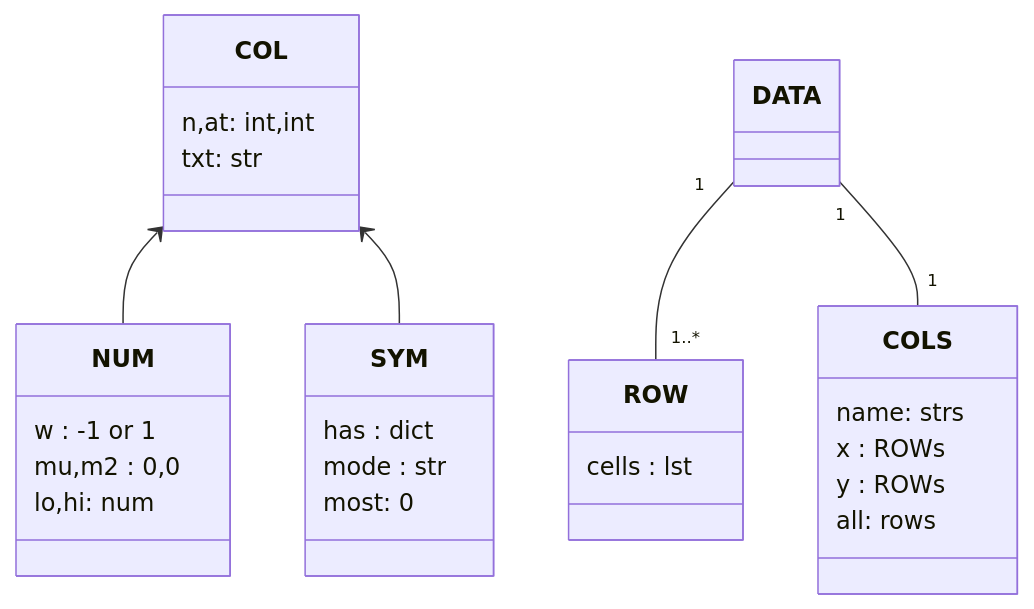
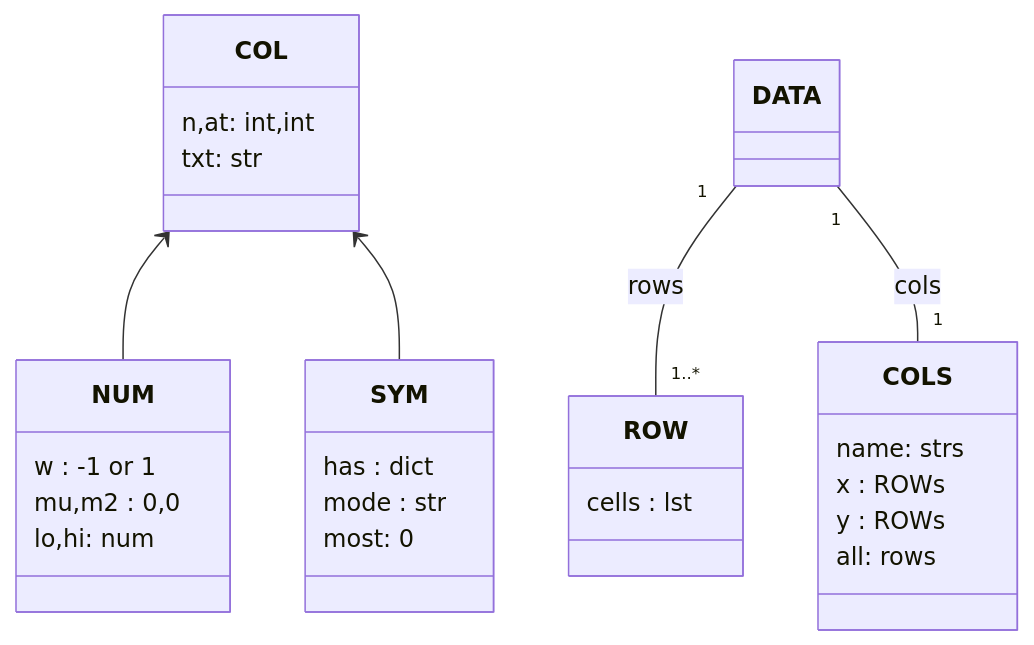
Before and after one commit to timm/tested: the diagram in docs/onScript.md, drawn with Mermaid.

````diff
--- a/docs/onScript.md
+++ b/docs/onScript.md
@@ -158,30 +158,30 @@
 ```mermaid
 classDiagram
 COL <--  NUM
 COL <--  SYM
-DATA "1" -- "1..*" ROW  
-DATA "1" -- "1" COLS 
+DATA "1" -- "1..*" ROW  : rows 
+DATA "1" -- "1" COLS  : cols
 class COLS {
    name: strs
    x : ROWs
    y : ROWs
    all: rows
 }
 class ROW {
   cells : lst
 }
 class COL {
   n,at: int,int
   txt: str
 }
 class NUM {
   w : -1 or 1
   mu,m2 : 0,0
   lo,hi: num
 }
 class SYM {
   has : dict
   mode : str
   most: 0
 }
 ```
````
